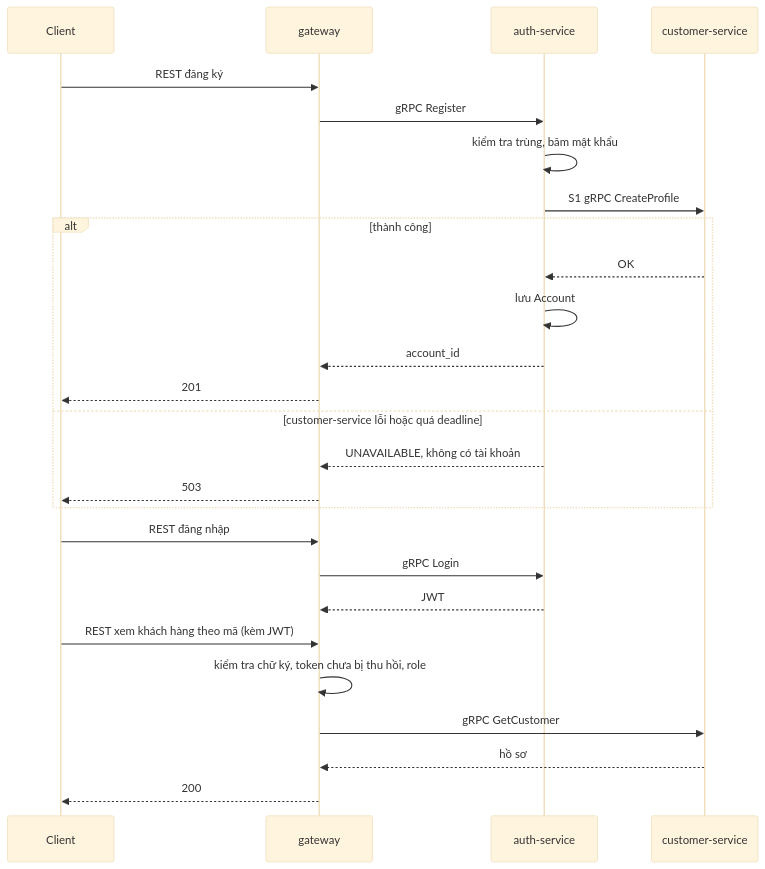
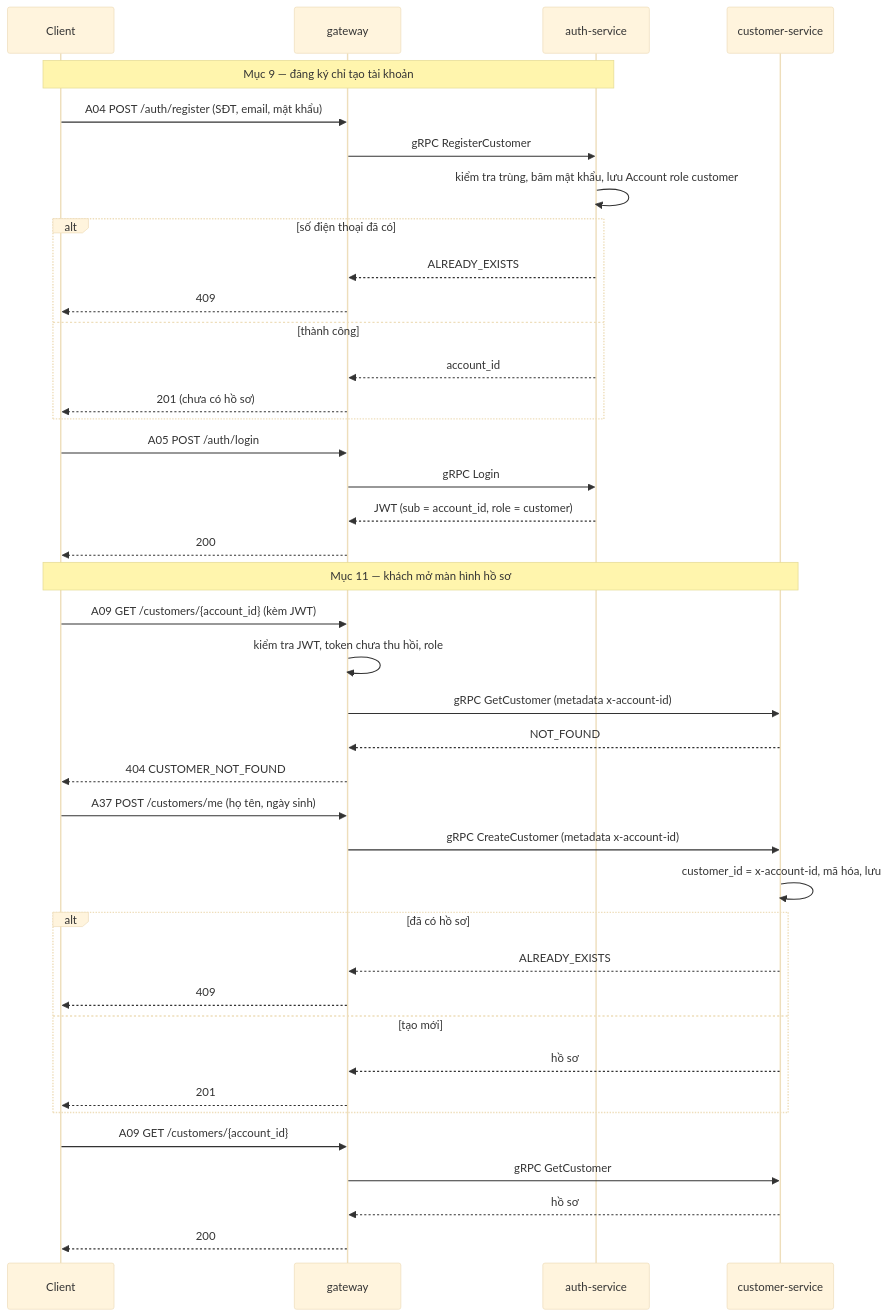
Before and after one commit to nghuuduc21/23699411_NguyenHuuDuc_CabSystem: the second of 7 diagrams in docs/design/02-kien-truc-giao-tiep.md, drawn with Mermaid (base theme). The commit also changed other lines of this file and 16 other files, not shown here.

First line of the commit message:
docs: separate registration from customer profile and simplify mocks

````diff
--- a/docs/design/02-kien-truc-giao-tiep.md
+++ b/docs/design/02-kien-truc-giao-tiep.md
@@ -345,29 +354,44 @@
 ```mermaid
 sequenceDiagram
   participant C as Client
   participant GW as gateway
   participant A as auth-service
   participant CU as customer-service
 
-  C->>GW: REST đăng ký
-  GW->>A: gRPC Register
-  A->>A: kiểm tra trùng, băm mật khẩu
-  A->>CU: S1 gRPC CreateProfile
-  alt thành công
-    CU-->>A: OK
-    A->>A: lưu Account
+  Note over C,A: Mục 9 — đăng ký chỉ tạo tài khoản
+  C->>GW: A04 POST /auth/register (SĐT, email, mật khẩu)
+  GW->>A: gRPC RegisterCustomer
+  A->>A: kiểm tra trùng, băm mật khẩu, lưu Account role customer
+  alt số điện thoại đã có
+    A-->>GW: ALREADY_EXISTS
+    GW-->>C: 409
+  else thành công
     A-->>GW: account_id
+    GW-->>C: 201 (chưa có hồ sơ)
+  end
+  C->>GW: A05 POST /auth/login
+  GW->>A: gRPC Login
+  A-->>GW: JWT (sub = account_id, role = customer)
+  GW-->>C: 200
+
+  Note over C,CU: Mục 11 — khách mở màn hình hồ sơ
+  C->>GW: A09 GET /customers/{account_id} (kèm JWT)
+  GW->>GW: kiểm tra JWT, token chưa thu hồi, role
+  GW->>CU: gRPC GetCustomer (metadata x-account-id)
+  CU-->>GW: NOT_FOUND
+  GW-->>C: 404 CUSTOMER_NOT_FOUND
+  C->>GW: A37 POST /customers/me (họ tên, ngày sinh)
+  GW->>CU: gRPC CreateCustomer (metadata x-account-id)
+  CU->>CU: customer_id = x-account-id, mã hóa, lưu
+  alt đã có hồ sơ
+    CU-->>GW: ALREADY_EXISTS
+    GW-->>C: 409
+  else tạo mới
+    CU-->>GW: hồ sơ
     GW-->>C: 201
-  else customer-service lỗi hoặc quá deadline
-    A-->>GW: UNAVAILABLE, không có tài khoản
-    GW-->>C: 503
   end
-  C->>GW: REST đăng nhập
-  GW->>A: gRPC Login
-  A-->>GW: JWT
-  C->>GW: REST xem khách hàng theo mã (kèm JWT)
-  GW->>GW: kiểm tra chữ ký, token chưa bị thu hồi, role
+  C->>GW: A09 GET /customers/{account_id}
   GW->>CU: gRPC GetCustomer
   CU-->>GW: hồ sơ
   GW-->>C: 200
 ```
````
